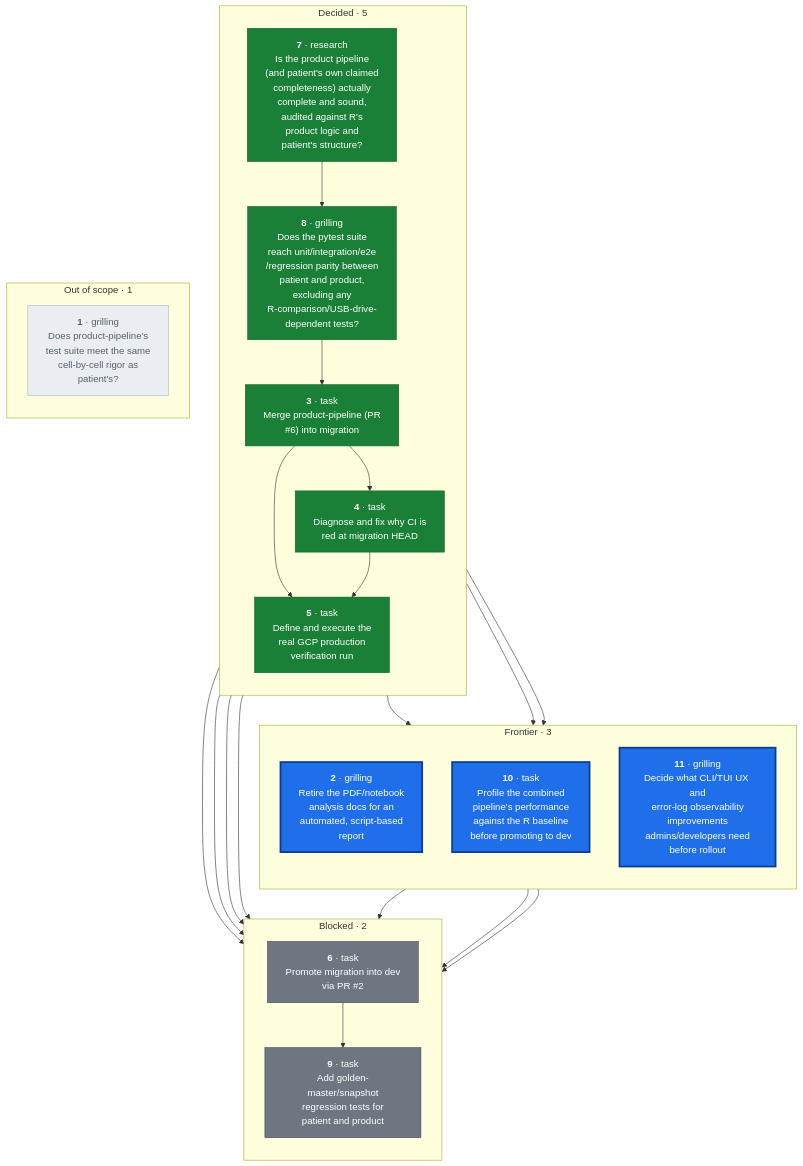
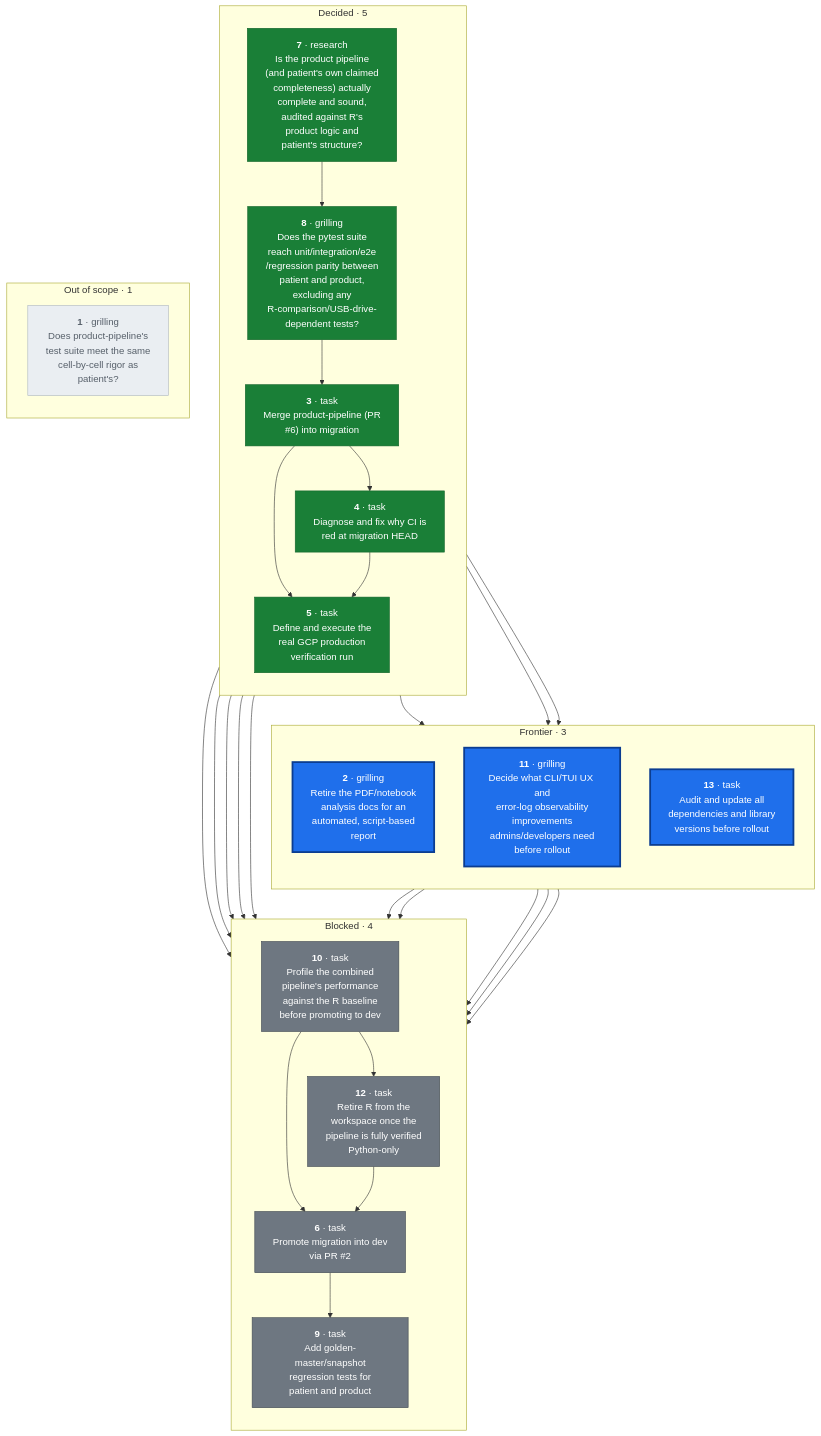
The diagram in docs/wayfinder/graph.mmd (CorrelAid/a4d), drawn with Mermaid before and after one commit. The commit also changed 8 other files, not shown here.

First line of the commit message:
Add wayfinder tickets 12 and 13: retire R, audit dependencies before rollout

```diff
--- a/docs/wayfinder/graph.mmd
+++ b/docs/wayfinder/graph.mmd
@@ -1,50 +1,58 @@
 flowchart TD
   subgraph FRONTIER["Frontier · 3"]
     direction TB
     T2["<b>2</b> · grilling<br/>Retire the PDF/notebook<br/>analysis docs for an<br/>automated, script-based<br/>report"]
-    T10["<b>10</b> · task<br/>Profile the combined<br/>pipeline's performance<br/>against the R baseline<br/>before promoting to dev"]
     T11["<b>11</b> · grilling<br/>Decide what CLI/TUI UX and<br/>error-log observability<br/>improvements<br/>admins/developers need<br/>before rollout"]
+    T13["<b>13</b> · task<br/>Audit and update all<br/>dependencies and library<br/>versions before rollout"]
   end
-  subgraph BLOCKED["Blocked · 2"]
+  subgraph BLOCKED["Blocked · 4"]
     direction TB
     T6["<b>6</b> · task<br/>Promote migration into dev<br/>via PR #2"]
     T9["<b>9</b> · task<br/>Add golden-master/snapshot<br/>regression tests for<br/>patient and product"]
+    T10["<b>10</b> · task<br/>Profile the combined<br/>pipeline's performance<br/>against the R baseline<br/>before promoting to dev"]
+    T12["<b>12</b> · task<br/>Retire R from the<br/>workspace once the<br/>pipeline is fully verified<br/>Python-only"]
   end
   subgraph DECIDED["Decided · 5"]
     direction TB
     T3["<b>3</b> · task<br/>Merge product-pipeline (PR<br/>#6) into migration"]
     T4["<b>4</b> · task<br/>Diagnose and fix why CI is<br/>red at migration HEAD"]
     T5["<b>5</b> · task<br/>Define and execute the<br/>real GCP production<br/>verification run"]
     T7["<b>7</b> · research<br/>Is the product pipeline<br/>(and patient's own claimed<br/>completeness) actually<br/>complete and sound,<br/>audited against R's<br/>product logic and<br/>patient's structure?"]
     T8["<b>8</b> · grilling<br/>Does the pytest suite<br/>reach unit/integration/e2e<br/>/regression parity between<br/>patient and product,<br/>excluding any<br/>R-comparison/USB-drive-<br/>dependent tests?"]
   end
   subgraph DROPPED["Out of scope · 1"]
     direction TB
     T1["<b>1</b> · grilling<br/>Does product-pipeline's<br/>test suite meet the same<br/>cell-by-cell rigor as<br/>patient's?"]
   end
 
   T2 --> T6
+  T2 --> T12
   T3 --> T2
   T3 --> T4
   T3 --> T5
   T3 --> T6
   T3 --> T10
   T3 --> T11
+  T3 --> T13
   T4 --> T5
   T4 --> T6
   T5 --> T6
   T6 --> T9
   T7 --> T8
   T8 --> T3
   T8 --> T6
   T10 --> T6
+  T10 --> T12
   T11 --> T6
+  T12 --> T6
+  T13 --> T6
+  T13 --> T10
 
   classDef frontier fill:#1f6feb,stroke:#0b3d91,stroke-width:3px,color:#ffffff
-  class T2,T10,T11 frontier
+  class T2,T11,T13 frontier
   classDef blocked fill:#6e7781,stroke:#424a53,stroke-width:1px,color:#ffffff
-  class T6,T9 blocked
+  class T6,T9,T10,T12 blocked
   classDef decided fill:#1a7f37,stroke:#116329,stroke-width:1px,color:#ffffff
   class T3,T4,T5,T7,T8 decided
   classDef dropped fill:#eaeef2,stroke:#afb8c1,stroke-width:1px,color:#57606a
   class T1 dropped
```
